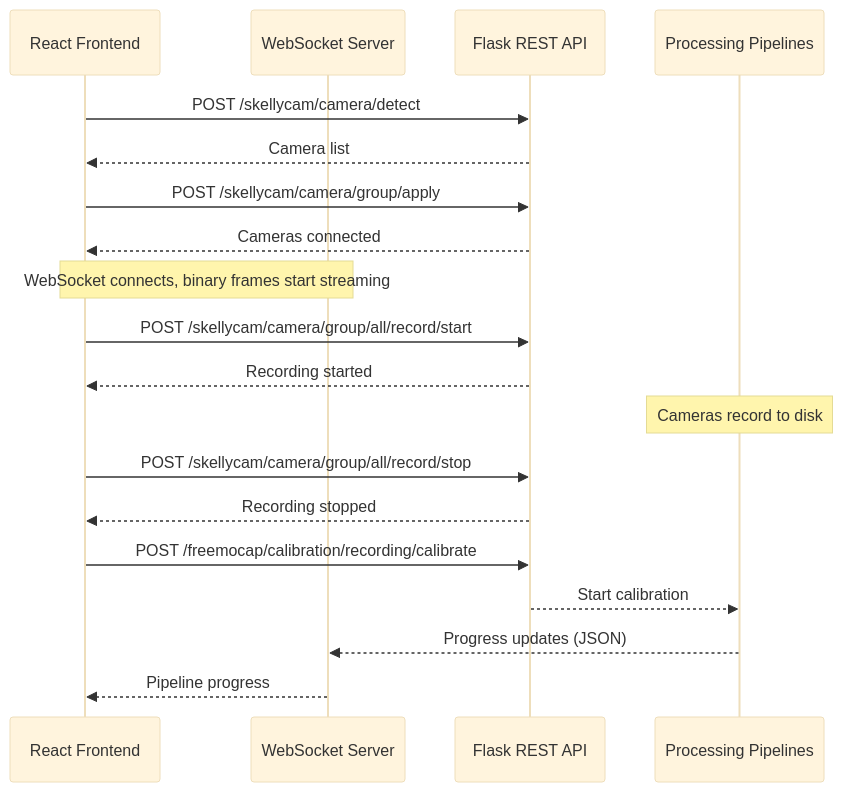
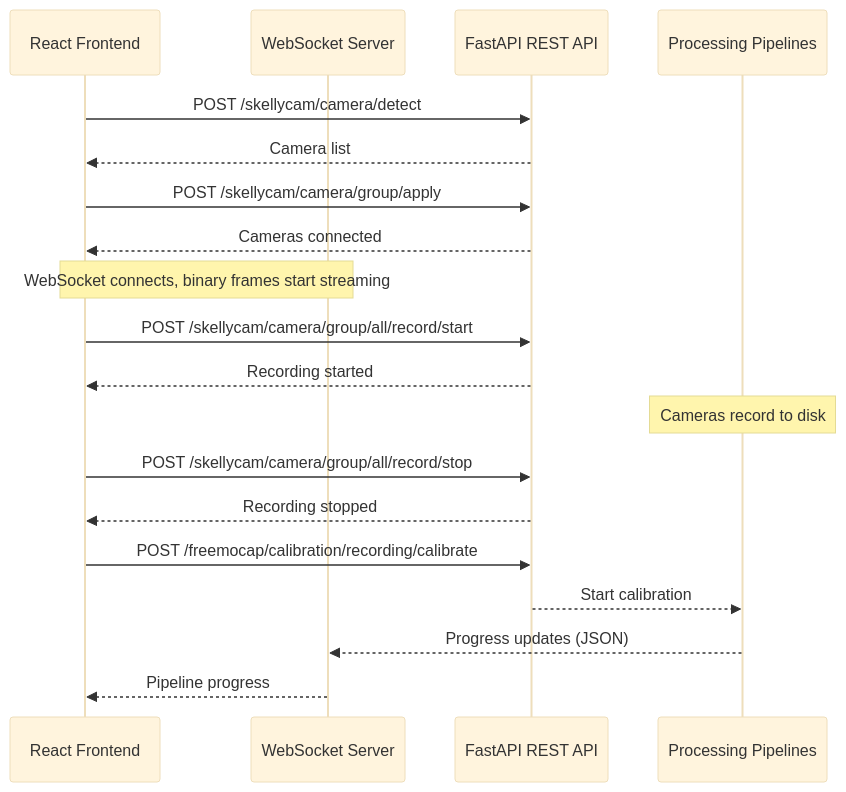
Before and after one commit to freemocap/freemocap: the second of 2 diagrams in freemocap-docs/docs/architecture/overview.mdx, drawn with Mermaid (base theme). The commit also changed other lines of this file and 17 other files, not shown here.

````diff
--- a/freemocap-docs/docs/architecture/overview.mdx
+++ b/freemocap-docs/docs/architecture/overview.mdx
@@ -81,27 +81,27 @@
 ```mermaid
 sequenceDiagram
     participant UI as React Frontend
     participant WS as WebSocket Server
-    participant REST as Flask REST API
+    participant REST as FastAPI REST API
     participant Pipe as Processing Pipelines
 
     UI->>REST: POST /skellycam/camera/detect
     REST-->>UI: Camera list
 
     UI->>REST: POST /skellycam/camera/group/apply
     REST-->>UI: Cameras connected
 
     Note over UI,WS: WebSocket connects, binary frames start streaming
 
     UI->>REST: POST /skellycam/camera/group/all/record/start
     REST-->>UI: Recording started
     Note over Pipe: Cameras record to disk
 
     UI->>REST: POST /skellycam/camera/group/all/record/stop
     REST-->>UI: Recording stopped
 
     UI->>REST: POST /freemocap/calibration/recording/calibrate
     REST-->>Pipe: Start calibration
     Pipe-->>WS: Progress updates (JSON)
     WS-->>UI: Pipeline progress
 ```
````
